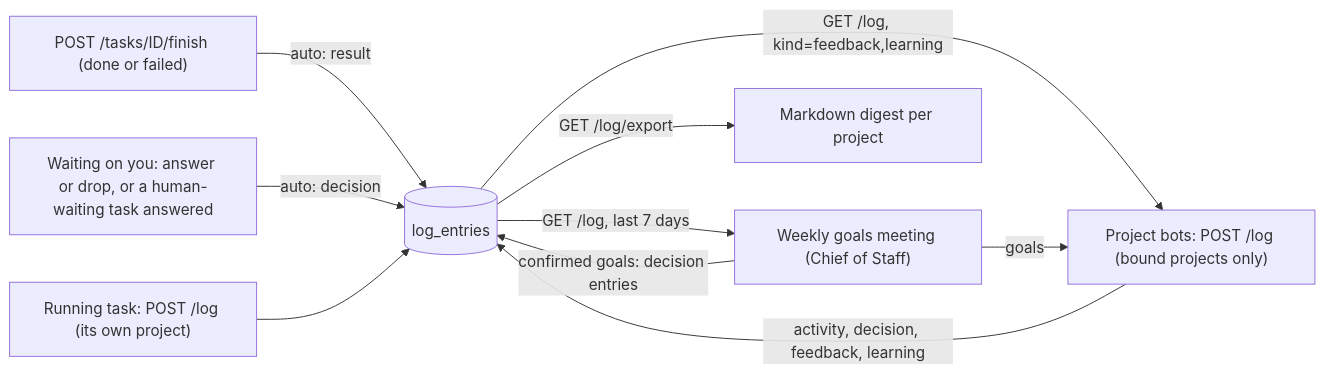
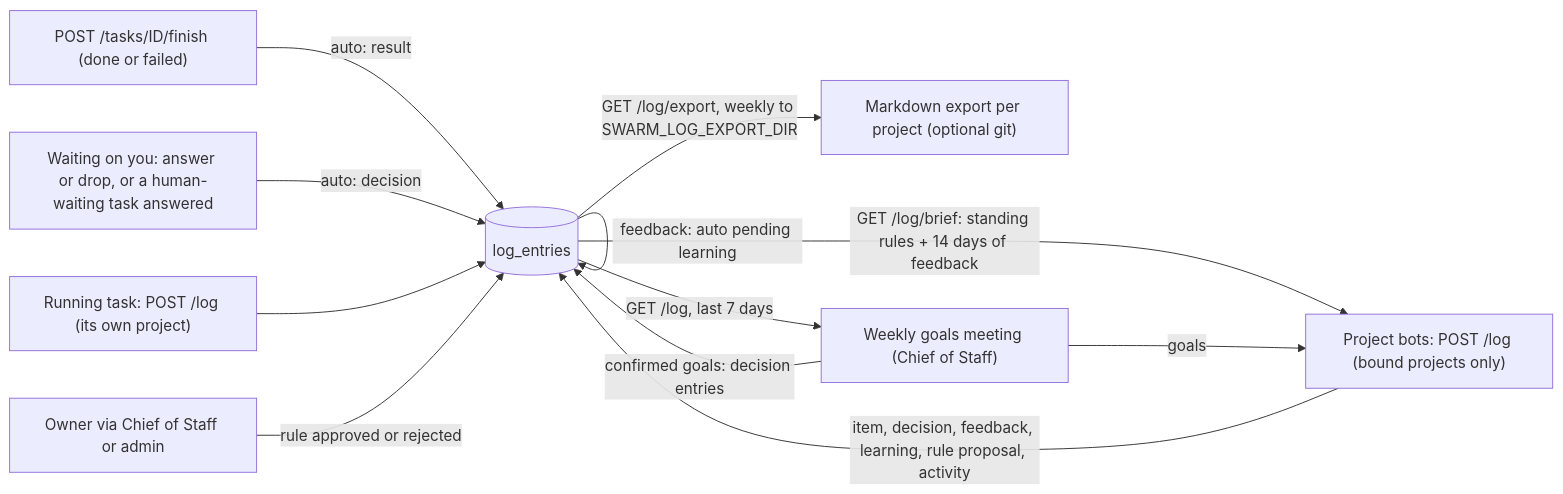
The eighth of 9 diagrams in docs/how-it-works-technical.md (giltotherescue/agent-swarm-kit), drawn with Mermaid before and after one commit. The commit also changed other lines of this file and 18 other files, not shown here.

First line of the commit message:
Docs for the project log records and long-running jobs; swarmctl log add needs no summary for record moves

````diff
--- a/docs/how-it-works-technical.md
+++ b/docs/how-it-works-technical.md
@@ -209,12 +209,14 @@
 ```mermaid
 flowchart LR
     finish["POST /tasks/ID/finish (done or failed)"] -->|"auto: result"| log[("log_entries")]
     answer["Waiting on you: answer or drop, or a human-waiting task answered"] -->|"auto: decision"| log
-    bots["Project bots: POST /log (bound projects only)"] -->|"activity, decision, feedback, learning"| log
+    bots["Project bots: POST /log (bound projects only)"] -->|"item, decision, feedback, learning, rule proposal, activity"| log
     task["Running task: POST /log (its own project)"] --> log
-    log -->|"GET /log, kind=feedback,learning"| bots
+    log -->|"feedback: auto pending learning"| log
+    owner["Owner via Chief of Staff or admin"] -->|"rule approved or rejected"| log
+    log -->|"GET /log/brief: standing rules + 14 days of feedback"| bots
     log -->|"GET /log, last 7 days"| meeting["Weekly goals meeting (Chief of Staff)"]
     meeting -->|"confirmed goals: decision entries"| log
     meeting -->|"goals"| bots
-    log -->|"GET /log/export"| md["Markdown digest per project"]
+    log -->|"GET /log/export, weekly to SWARM_LOG_EXPORT_DIR"| md["Markdown export per project (optional git)"]
 ```
````
